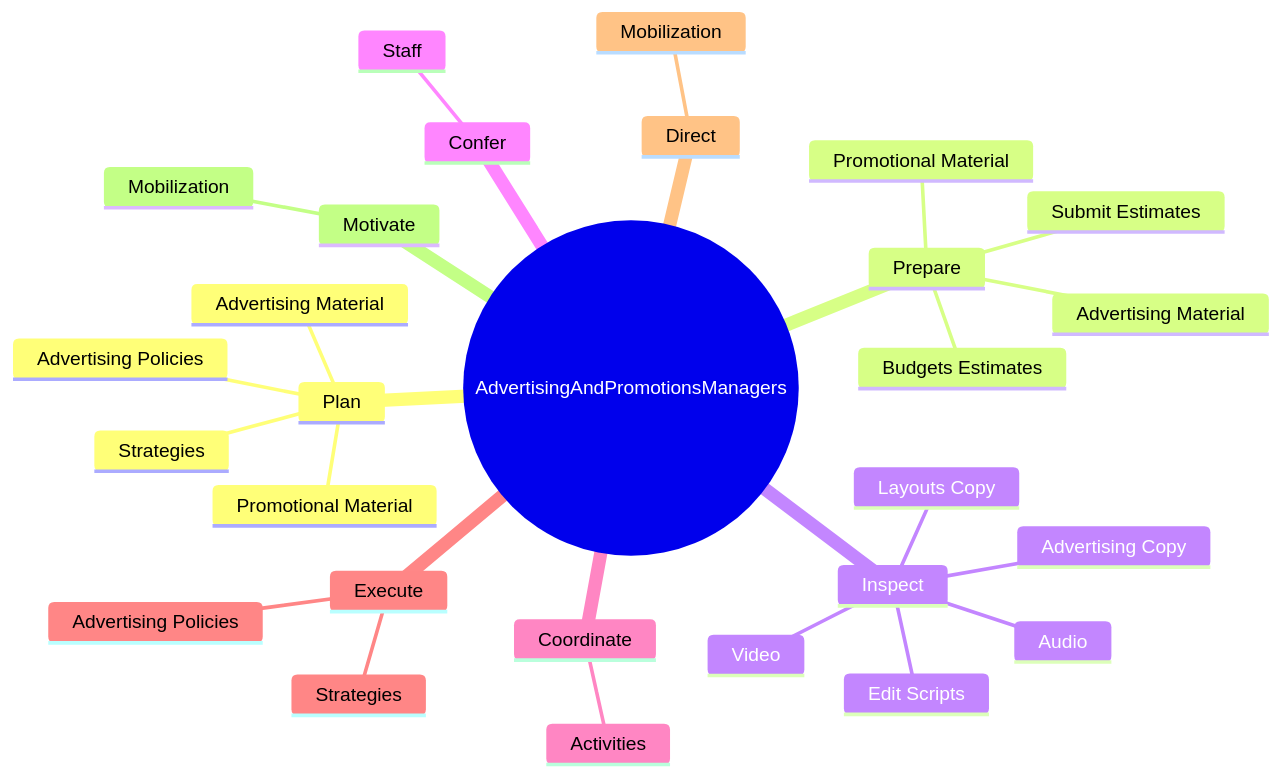
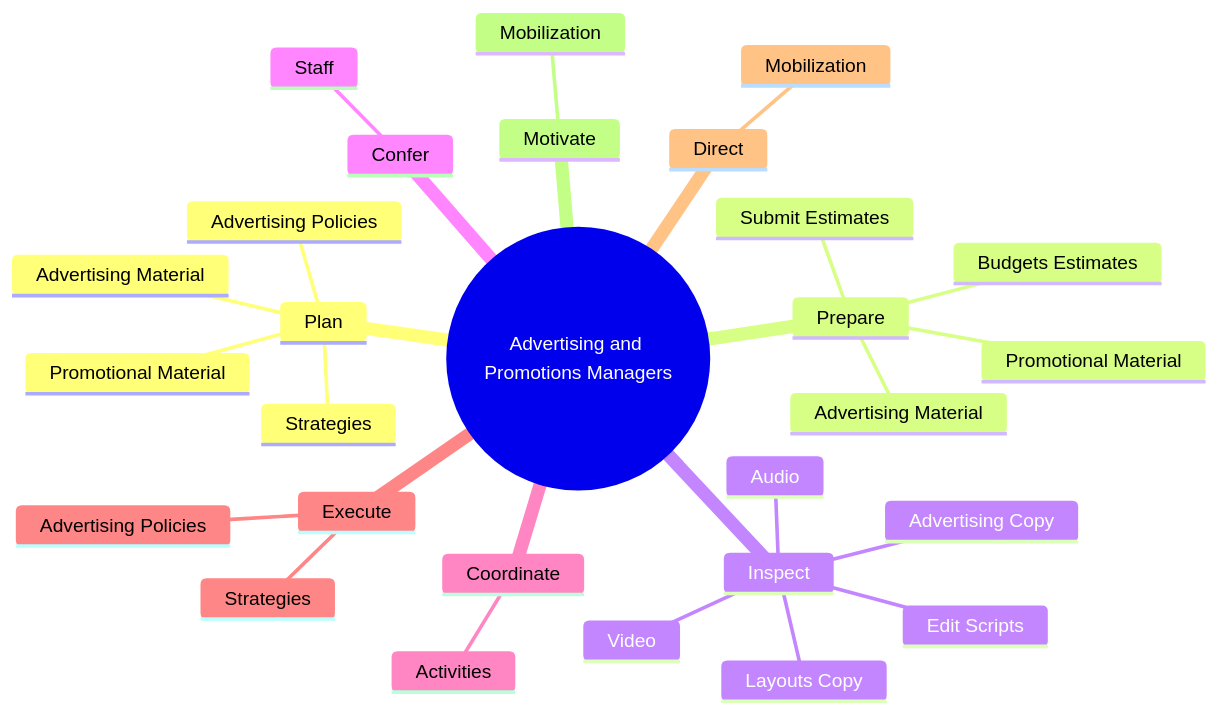
Before and after one commit to kziemski/business.org.ai: the second of 4 diagrams in occupations/Management/AdvertisingAndPromotionsManagers.mdx, drawn with Mermaid. The commit also changed other lines of this file and 938 other files, not shown here.

````diff
--- a/occupations/Management/AdvertisingAndPromotionsManagers.mdx
+++ b/occupations/Management/AdvertisingAndPromotionsManagers.mdx
@@ -37,31 +45,31 @@
 ```mermaid
 mindmap
-    root(("AdvertisingAndPromotionsManagers"))
+    root(("Advertising and Promotions Managers"))
         Plan
             Advertising Material
             Promotional Material
             Advertising Policies
             Strategies
         Prepare
             Advertising Material
             Promotional Material
             Budgets Estimates
             Submit Estimates
         Inspect
             Layouts Copy
             Advertising Copy
             Edit Scripts
             Audio
             Video
         Confer
             Staff
         Coordinate
             Activities
         Execute
             Advertising Policies
             Strategies
         Direct
             Mobilization
         Motivate
             Mobilization
 ```
````
